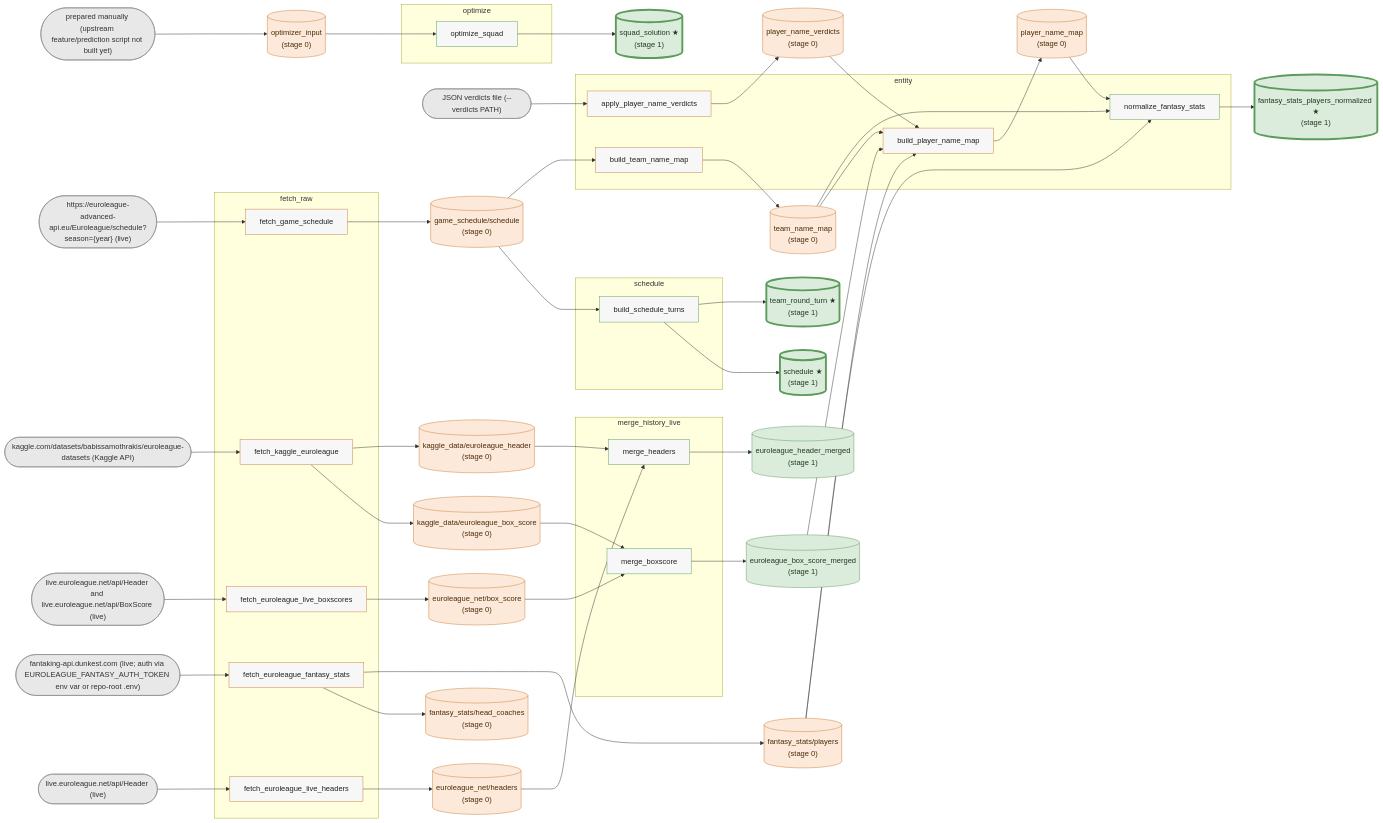
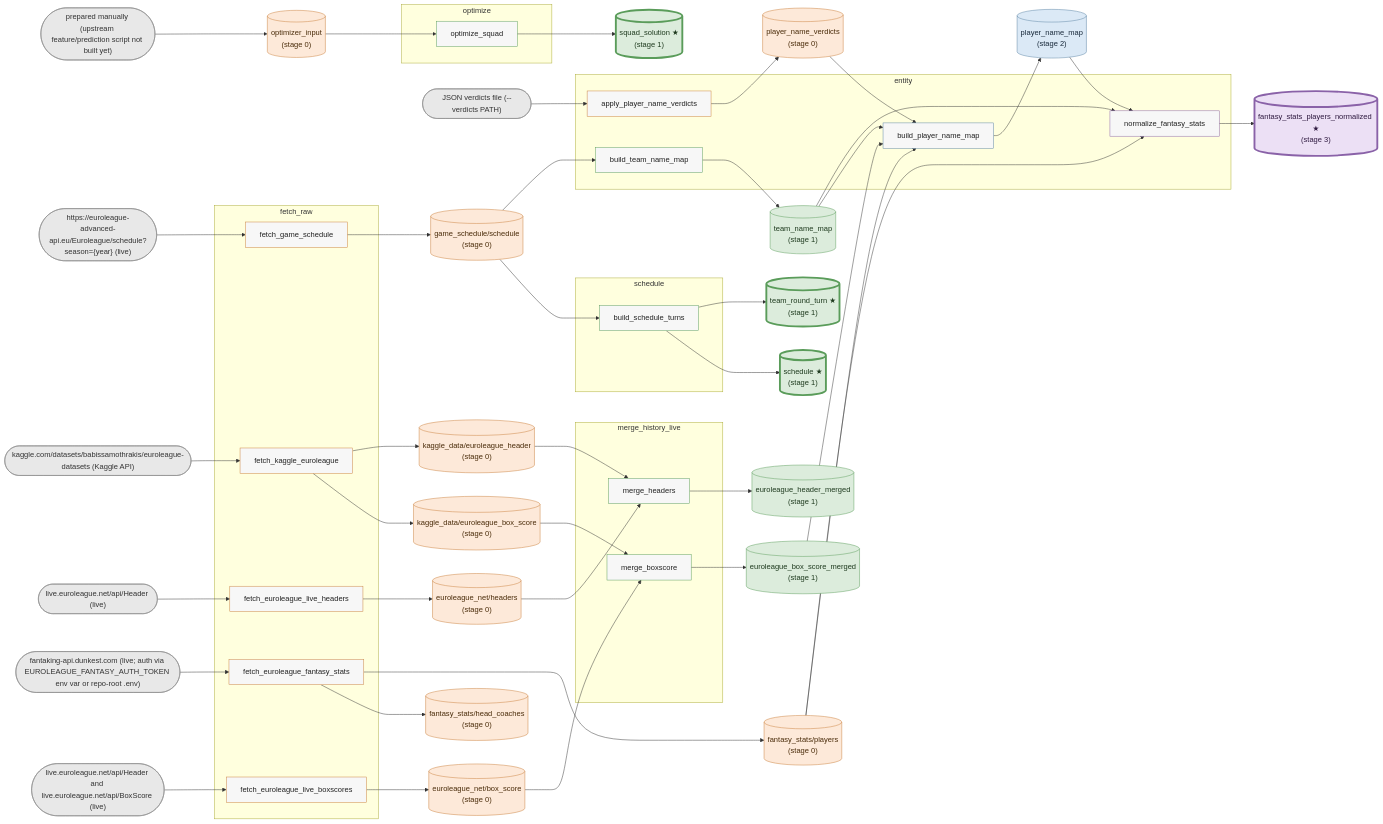
The diagram in docs/data-graph.md (Takfes/indie-euroleague), drawn with Mermaid before and after one commit. The commit also changed 28 other files, not shown here.

````diff
--- a/docs/data-graph.md
+++ b/docs/data-graph.md
@@ -49,15 +49,15 @@
     d_kaggle_data_euroleague_box_score[("kaggle_data/euroleague_box_score<br/>(stage 0)")]
     d_kaggle_data_euroleague_header[("kaggle_data/euroleague_header<br/>(stage 0)")]
     d_optimizer_input[("optimizer_input<br/>(stage 0)")]
-    d_player_name_map[("player_name_map<br/>(stage 0)")]
     d_player_name_verdicts[("player_name_verdicts<br/>(stage 0)")]
-    d_team_name_map[("team_name_map<br/>(stage 0)")]
     d_euroleague_box_score_merged[("euroleague_box_score_merged<br/>(stage 1)")]
     d_euroleague_header_merged[("euroleague_header_merged<br/>(stage 1)")]
-    d_fantasy_stats_players_normalized[("fantasy_stats_players_normalized ★<br/>(stage 1)")]
     d_schedule[("schedule ★<br/>(stage 1)")]
     d_squad_solution[("squad_solution ★<br/>(stage 1)")]
+    d_team_name_map[("team_name_map<br/>(stage 1)")]
     d_team_round_turn[("team_round_turn ★<br/>(stage 1)")]
+    d_player_name_map[("player_name_map<br/>(stage 2)")]
+    d_fantasy_stats_players_normalized[("fantasy_stats_players_normalized ★<br/>(stage 3)")]
 
     %% edges
     d_euroleague_box_score_merged --> s_build_player_name_map
@@ -101,14 +101,22 @@
     %% colors by stage
     classDef script_stage0 fill:#f7f7f7,stroke:#c97f3a,color:#222222
     classDef script_stage1 fill:#f7f7f7,stroke:#5a9c5a,color:#222222
+    classDef script_stage2 fill:#f7f7f7,stroke:#5b84a3,color:#222222
+    classDef script_stage3 fill:#f7f7f7,stroke:#8a62a8,color:#222222
     classDef source fill:#e8e8e8,stroke:#888888,color:#333333
     classDef stage0 fill:#fde9d9,stroke:#c97f3a,color:#4a2c0a
     classDef stage1 fill:#dcecdc,stroke:#5a9c5a,color:#1e3a1e
     classDef stage1_final fill:#dcecdc,stroke:#5a9c5a,color:#1e3a1e,stroke-width:4px
-    class s_apply_player_name_verdicts,s_build_player_name_map,s_build_team_name_map,s_fetch_euroleague_fantasy_stats,s_fetch_euroleague_live_boxscores,s_fetch_euroleague_live_headers,s_fetch_game_schedule,s_fetch_kaggle_euroleague script_stage0
-    class s_build_schedule_turns,s_merge_boxscore,s_merge_headers,s_normalize_fantasy_stats,s_optimize_squad script_stage1
+    classDef stage2 fill:#dbe9f6,stroke:#5b84a3,color:#1a2b3c
+    classDef stage3_final fill:#ece0f5,stroke:#8a62a8,color:#2f1a40,stroke-width:4px
+    class s_apply_player_name_verdicts,s_fetch_euroleague_fantasy_stats,s_fetch_euroleague_live_boxscores,s_fetch_euroleague_live_headers,s_fetch_game_schedule,s_fetch_kaggle_euroleague script_stage0
+    class s_build_schedule_turns,s_build_team_name_map,s_merge_boxscore,s_merge_headers,s_optimize_squad script_stage1
+    class s_build_player_name_map script_stage2
+    class s_normalize_fantasy_stats script_stage3
     class x_JSON_verdicts_file____verdicts_PATH_,x_fantaking_api_dunkest_com__live__auth_via_EUROLEAGUE_FANTASY_AUTH_TOKEN_env_var_or_repo_root__env_,x_https___euroleague_advanced_api_eu_Euroleague_schedule_season__year___live_,x_kaggle_com_datasets_babissamothrakis_euroleague_datasets__Kaggle_API_,x_live_euroleague_net_api_Header__live_,x_live_euroleague_net_api_Header_and_live_euroleague_net_api_BoxScore__live_,x_prepared_manually__upstream_feature_prediction_script_not_built_yet_ source
-    class d_euroleague_net_box_score,d_euroleague_net_headers,d_fantasy_stats_head_coaches,d_fantasy_stats_players,d_game_schedule_schedule,d_kaggle_data_euroleague_box_score,d_kaggle_data_euroleague_header,d_optimizer_input,d_player_name_map,d_player_name_verdicts,d_team_name_map stage0
-    class d_euroleague_box_score_merged,d_euroleague_header_merged stage1
-    class d_fantasy_stats_players_normalized,d_schedule,d_squad_solution,d_team_round_turn stage1_final
+    class d_euroleague_net_box_score,d_euroleague_net_headers,d_fantasy_stats_head_coaches,d_fantasy_stats_players,d_game_schedule_schedule,d_kaggle_data_euroleague_box_score,d_kaggle_data_euroleague_header,d_optimizer_input,d_player_name_verdicts stage0
+    class d_euroleague_box_score_merged,d_euroleague_header_merged,d_team_name_map stage1
+    class d_schedule,d_squad_solution,d_team_round_turn stage1_final
+    class d_player_name_map stage2
+    class d_fantasy_stats_players_normalized stage3_final
 ```
````
